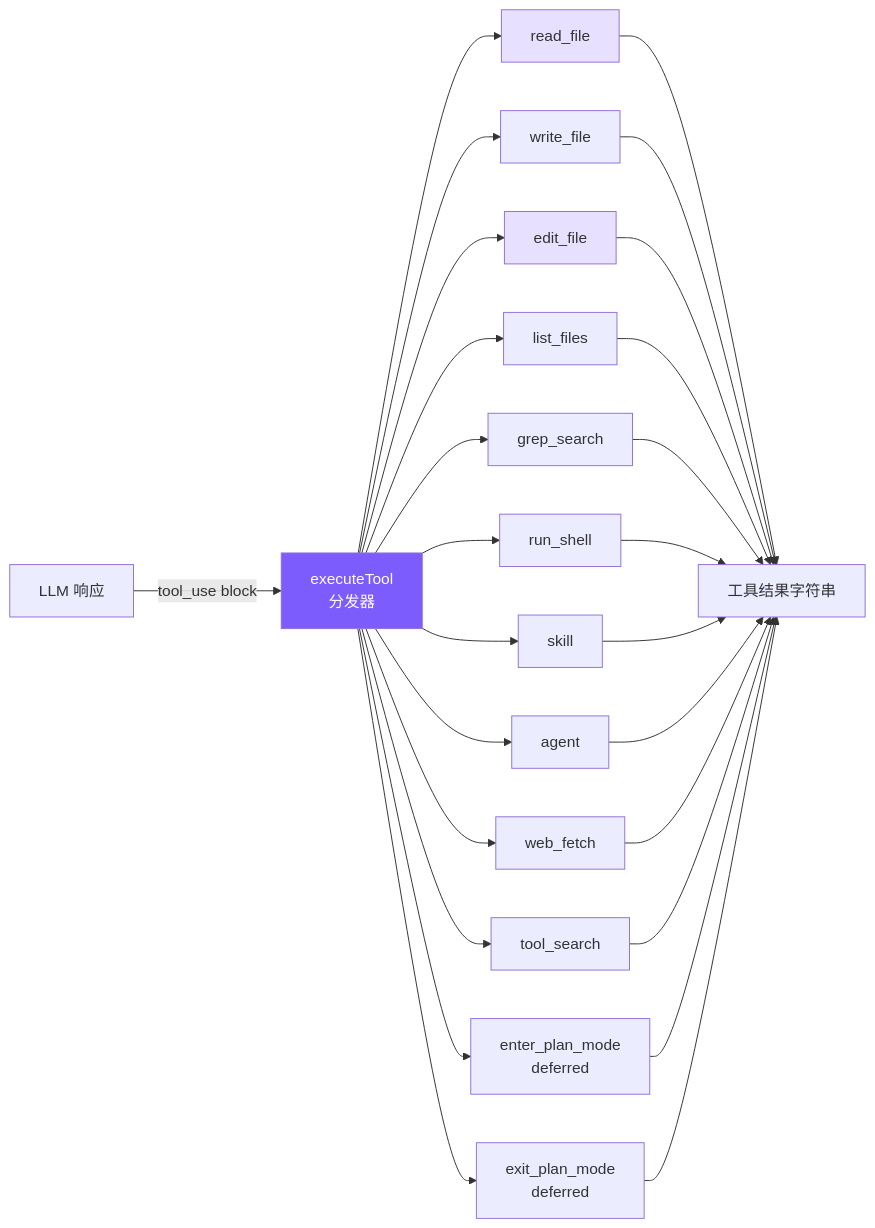
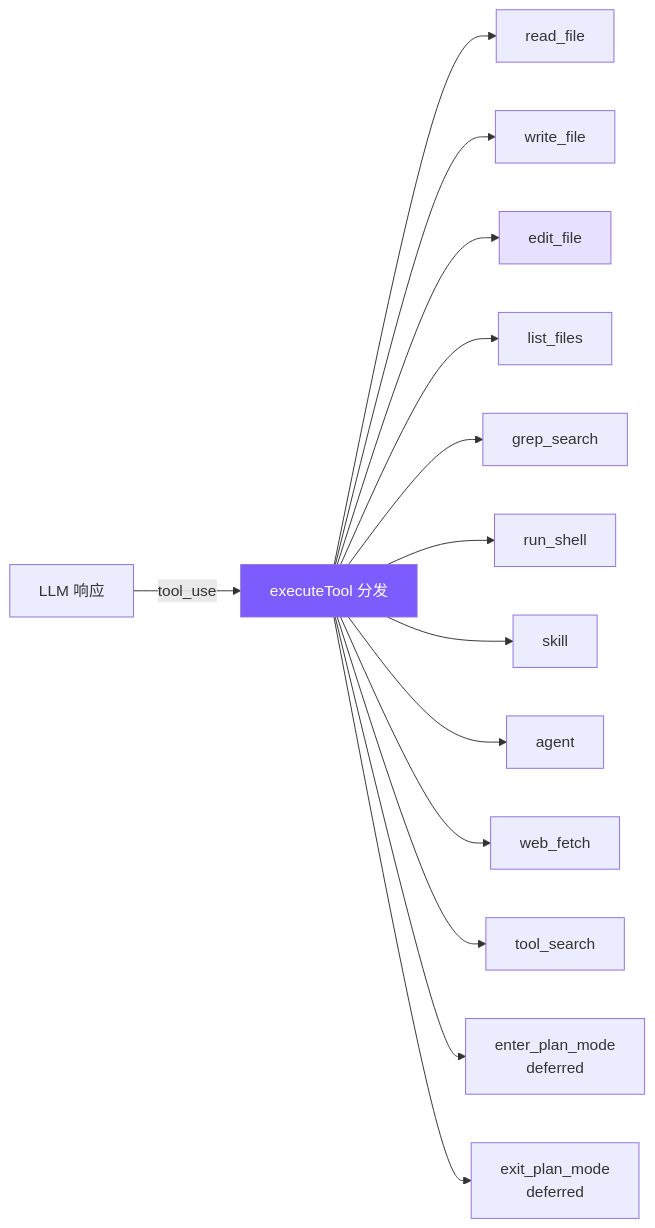
Before and after one commit to joinmouse/claude-code-mini: the diagram in docs/02-tools.md, drawn with Mermaid. The commit also changed other lines of this file and 30 other files, not shown here.

````diff
--- a/docs/02-tools.md
+++ b/docs/02-tools.md
@@ -7,32 +5,19 @@
 ```mermaid
 graph LR
-    LLM[LLM 响应] --> |tool_use block| Dispatch[executeTool<br/>分发器]
+    LLM[LLM 响应] --> |tool_use| Dispatch[executeTool 分发]
     Dispatch --> RF[read_file]
     Dispatch --> WF[write_file]
     Dispatch --> EF[edit_file]
     Dispatch --> LF[list_files]
     Dispatch --> GS[grep_search]
     Dispatch --> RS[run_shell]
     Dispatch --> SK[skill]
     Dispatch --> AG[agent]
     Dispatch --> WEB[web_fetch]
     Dispatch --> TS[tool_search]
     Dispatch --> EP[enter_plan_mode<br/>deferred]
     Dispatch --> XP[exit_plan_mode<br/>deferred]
-    RF --> Result[工具结果字符串]
-    WF --> Result
-    EF --> Result
-    LF --> Result
-    GS --> Result
-    RS --> Result
-    SK --> Result
-    AG --> Result
-    WEB --> Result
-    TS --> Result
-    EP --> Result
-    XP --> Result
 
     style Dispatch fill:#7c5cfc,color:#fff
     style EF fill:#e8e0ff
-    style RF fill:#e8e0ff
 ```
````
